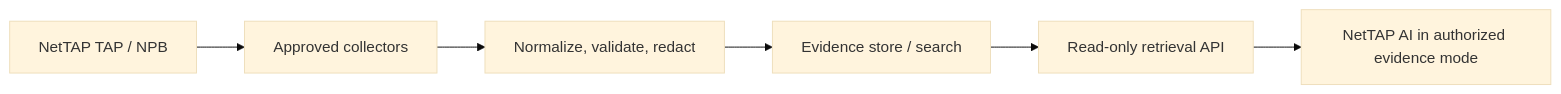
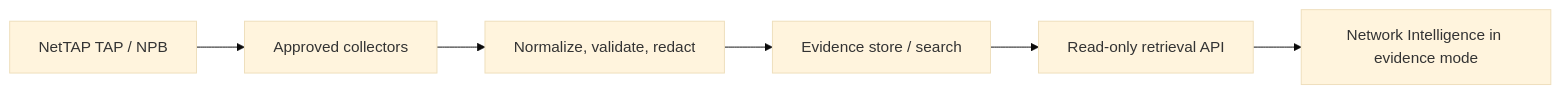
One commit to mpdwyer2367/nettap-packet-expert changed the diagram in docs/PRODUCT_ROADMAP.md. Above: the diagram before and after it, drawn with Mermaid (base theme). The commit also changed 64 other files, not shown here.

Commit message:
docs: standardize NetTAP Network Intelligence naming

````diff
--- a/docs/PRODUCT_ROADMAP.md
+++ b/docs/PRODUCT_ROADMAP.md
@@ -69,8 +69,8 @@
 ```mermaid
 flowchart LR
     N["NetTAP TAP / NPB"] --> C["Approved collectors"]
     C --> V["Normalize, validate, redact"]
     V --> S["Evidence store / search"]
     S --> A["Read-only retrieval API"]
-    A --> P["NetTAP AI in authorized evidence mode"]
+    A --> P["Network Intelligence in evidence mode"]
 ```
````
